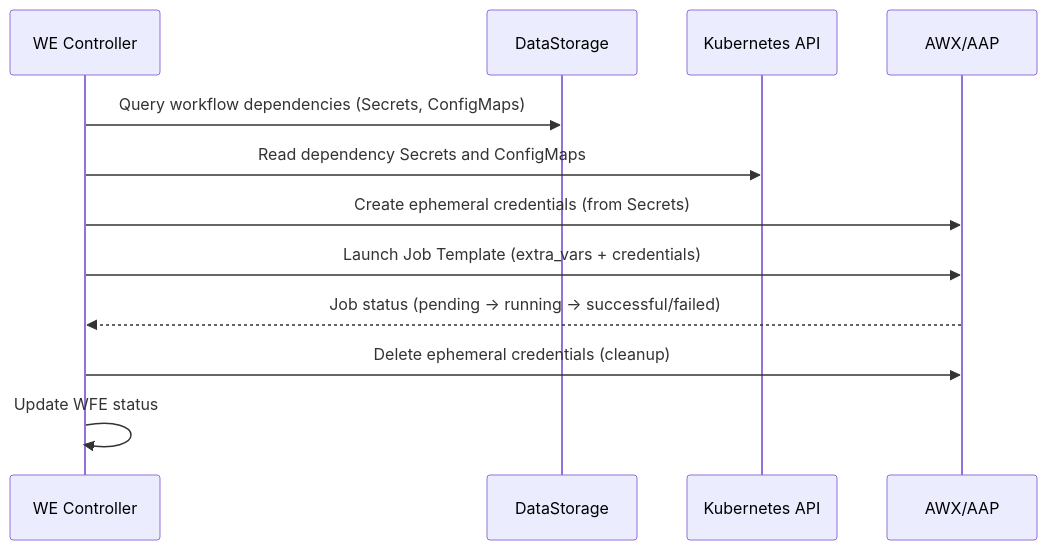
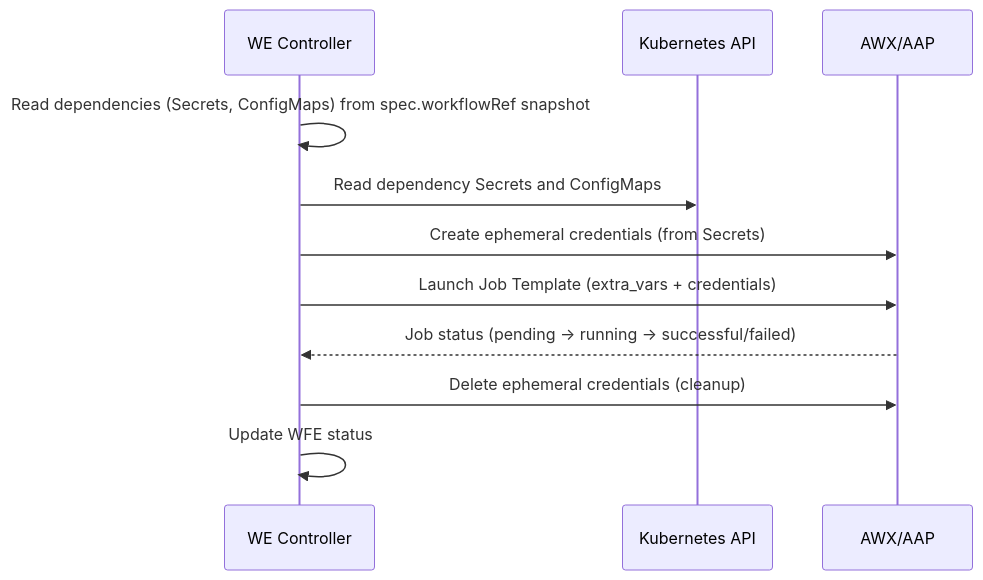
Before and after one commit to jordigilh/kubernaut-docs: the fourth of 4 diagrams in docs/architecture/workflow-execution.md, drawn with Mermaid. The commit also changed other lines of this file, not shown here.

First line of the commit message:
docs(architecture): fix workflow-execution.md stale DataStorage catalog lookups

````diff
--- a/docs/architecture/workflow-execution.md
+++ b/docs/architecture/workflow-execution.md
@@ -176,15 +169,14 @@
 ```mermaid
 sequenceDiagram
     participant WE as WE Controller
-    participant DS as DataStorage
     participant K8s as Kubernetes API
     participant AWX as AWX/AAP
 
-    WE->>DS: Query workflow dependencies (Secrets, ConfigMaps)
+    WE->>WE: Read dependencies (Secrets, ConfigMaps) from spec.workflowRef snapshot
     WE->>K8s: Read dependency Secrets and ConfigMaps
     WE->>AWX: Create ephemeral credentials (from Secrets)
     WE->>AWX: Launch Job Template (extra_vars + credentials)
     AWX-->>WE: Job status (pending → running → successful/failed)
     WE->>AWX: Delete ephemeral credentials (cleanup)
     WE->>WE: Update WFE status
 ```
````
